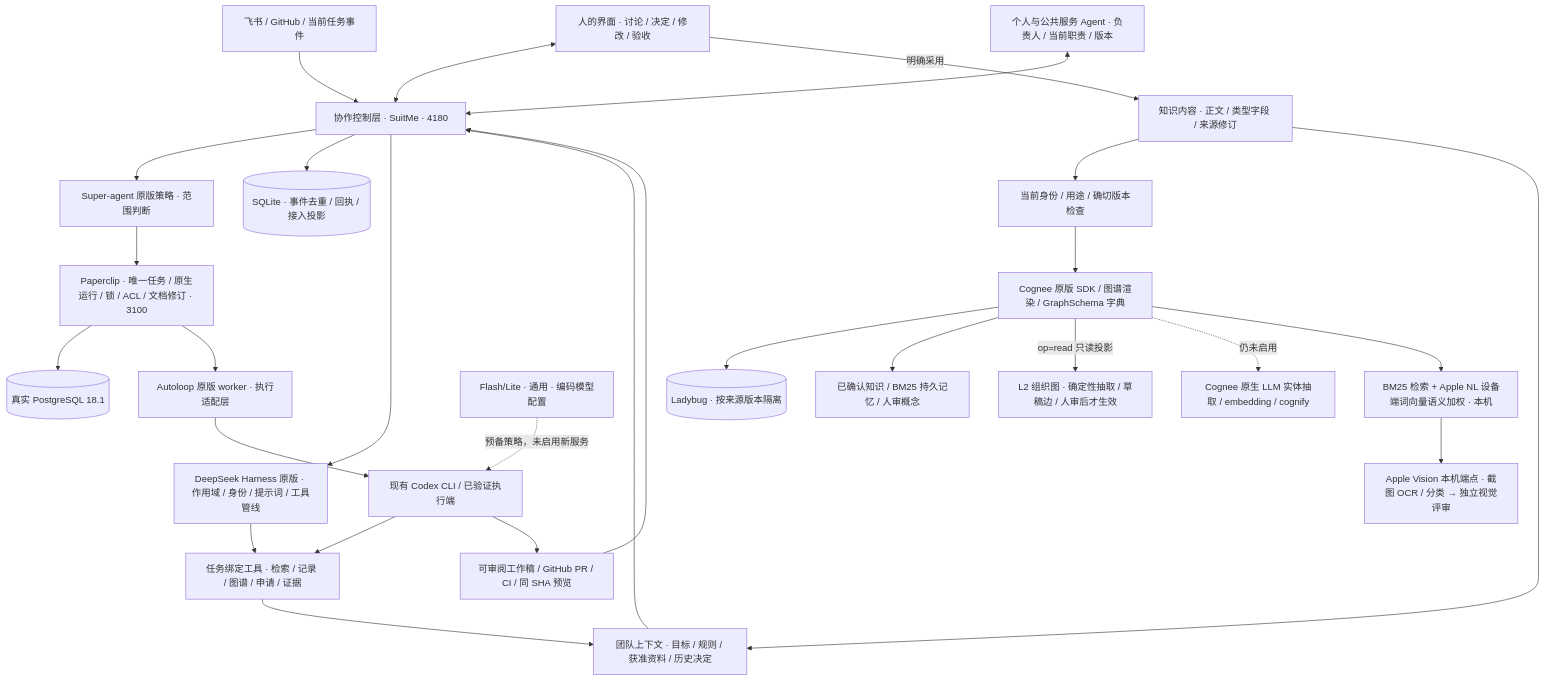
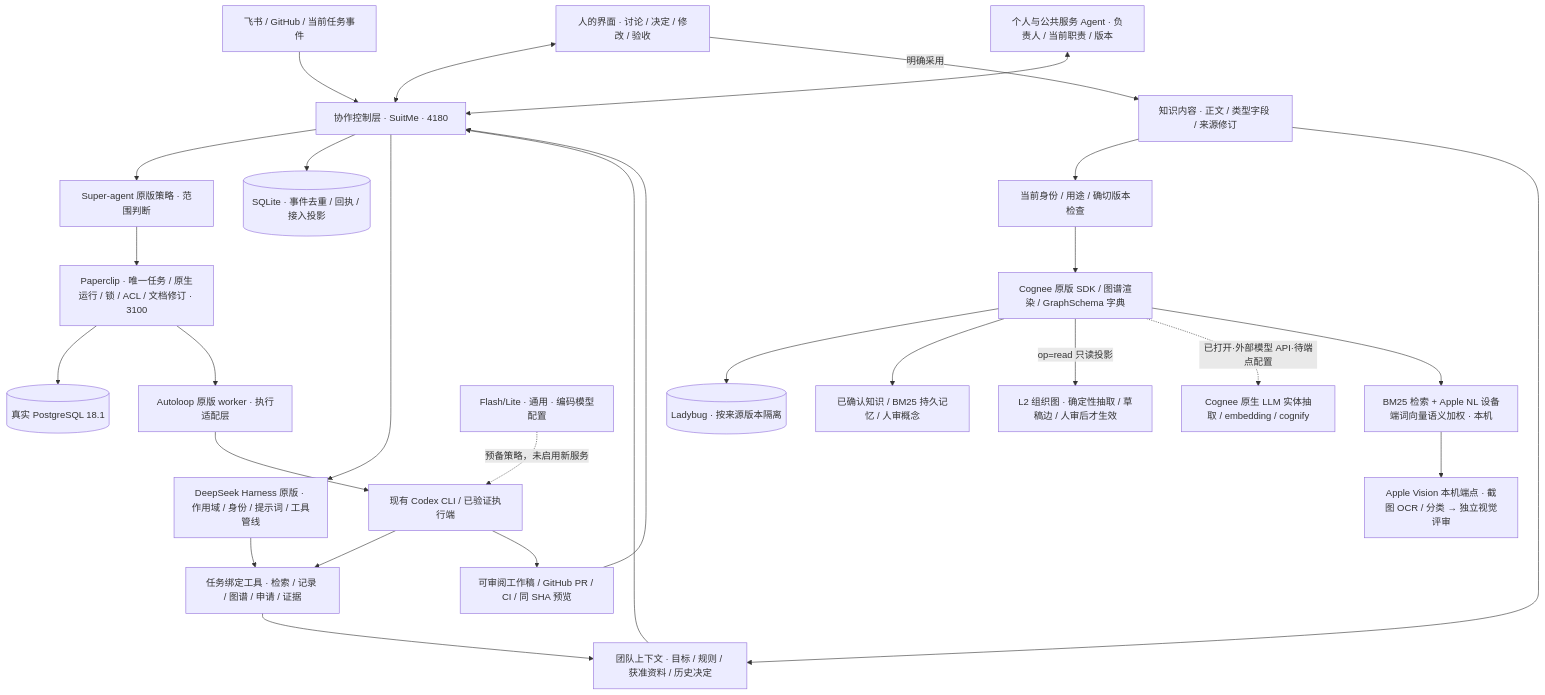
One commit to zhegong-996/Contractor changed the second of 2 diagrams in docs/SYSTEM-ARCHITECTURE.md. Above: the diagram before and after it, drawn with Mermaid. The commit also changed other lines of this file and 21 other files, not shown here.

````diff
--- a/docs/SYSTEM-ARCHITECTURE.md
+++ b/docs/SYSTEM-ARCHITECTURE.md
@@ -84,30 +84,30 @@
 ```mermaid
 flowchart TD
   Events[飞书 / GitHub / 当前任务事件] --> Control[协作控制层 · SuitMe · 4180]
   Humans[人的界面 · 讨论 / 决定 / 修改 / 验收] <--> Control
   Services[个人与公共服务 Agent · 负责人 / 当前职责 / 版本] <--> Control
   Context[团队上下文 · 目标 / 规则 / 获准资料 / 历史决定] --> Control
   Control --> Policy[Super-agent 原版策略 · 范围判断]
   Policy --> PC[Paperclip · 唯一任务 / 原生运行 / 锁 / ACL / 文档修订 · 3100]
   PC --> PG[(真实 PostgreSQL 18.1)]
   Control --> SQLite[(SQLite · 事件去重 / 回执 / 接入投影)]
   Control --> Harness[DeepSeek Harness 原版 · 作用域 / 身份 / 提示词 / 工具管线]
   Harness --> Tools
   PC --> Worker[Autoloop 原版 worker · 执行适配层]
   Worker --> Exec[现有 Codex CLI / 已验证执行端]
   Exec --> Tools[任务绑定工具 · 检索 / 记录 / 图谱 / 申请 / 证据]
   Tools --> Context
   Exec --> Evidence[可审阅工作稿 / GitHub PR / CI / 同 SHA 预览]
   Evidence --> Control
   Humans -->|明确采用| Source[知识内容 · 正文 / 类型字段 / 来源修订]
   Source --> Gate[当前身份 / 用途 / 确切版本检查]
   Gate --> Cognee[Cognee 原版 SDK / 图谱渲染 / GraphSchema 字典]
   Cognee --> Ladybug[(Ladybug · 按来源版本隔离)]
   Source --> Context
   Model[Flash/Lite · 通用 · 编码模型配置] -.预备策略，未启用新服务.-> Exec
   Cognee --> Memory[已确认知识 / BM25 持久记忆 / 人审概念]
   Cognee -->|op=read 只读投影| L2[L2 组织图 · 确定性抽取 / 草稿边 / 人审后才生效]
-  Cognee -.仍未启用.-> Semantic[Cognee 原生 LLM 实体抽取 / embedding / cognify]
+  Cognee -.已打开·外部模型 API·待端点配置.-> Semantic[Cognee 原生 LLM 实体抽取 / embedding / cognify]
   Cognee --> Recall[BM25 检索 + Apple NL 设备端词向量语义加权 · 本机]
   Recall --> Vision[Apple Vision 本机端点 · 截图 OCR / 分类 → 独立视觉评审]
 ```
````
